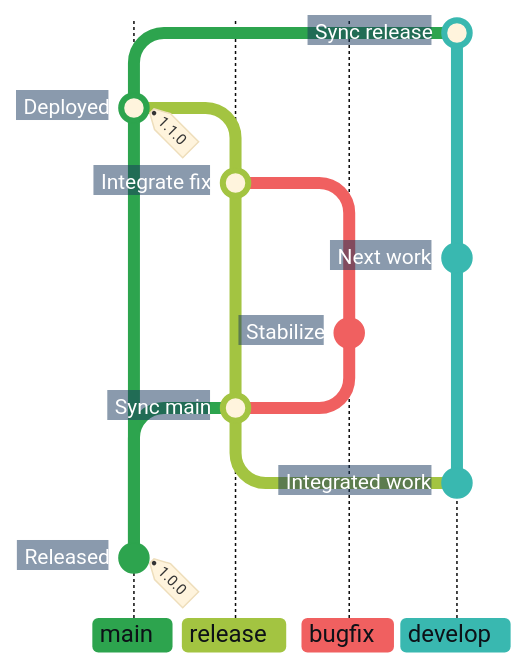
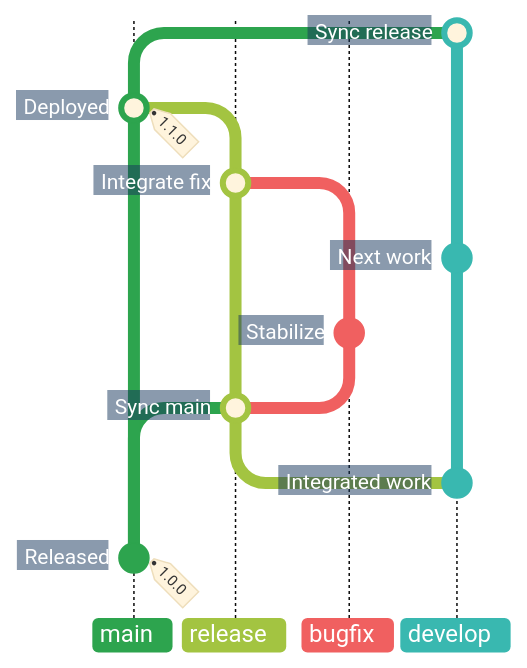
One commit to superhero/operations.superduper.solutions changed the second of 3 diagrams in docs/adr/cicd.md. Above: the diagram before and after it, drawn with Mermaid. The commit also changed other lines of this file, not shown here.

Commit message:
docs: tighten and brighten Git graph branch labels

````diff
--- a/docs/adr/cicd.md
+++ b/docs/adr/cicd.md
@@ -98,28 +98,28 @@
 ```mermaid
-%%{init: {"theme": "base", "themeCSS": ".commit-labels g:last-of-type { visibility: hidden; } .commit-label { font-weight: 700; transform: translateX(-8px); } .commit-label-bkg { opacity: 1; stroke: #17365D; stroke-width: 20px; transform: translateX(-5px); clip-path: polygon(-4px -4px, calc(100% + 4px) -4px, calc(100% + 10px) 50%, calc(100% + 4px) calc(100% + 4px), -4px calc(100% + 4px)) fill-box; }", "gitGraph": {"showCommitLabel": true, "rotateCommitLabel": false}, "themeVariables": {
+%%{init: {"theme": "base", "themeCSS": ".branchLabel { font-weight: 700; } .branchLabelBkg { clip-path: inset(0 8px 0 0 round 4px) fill-box; } .commit-labels g:last-of-type { visibility: hidden; } .commit-label { font-weight: 700; transform: translateX(-8px); } .commit-label-bkg { opacity: 1; stroke: #17365D; stroke-width: 20px; transform: translateX(-5px); clip-path: polygon(-4px -4px, calc(100% + 4px) -4px, calc(100% + 10px) 50%, calc(100% + 4px) calc(100% + 4px), -4px calc(100% + 4px)) fill-box; }", "gitGraph": {"showCommitLabel": true, "rotateCommitLabel": false}, "themeVariables": {
     "commitLabelFontSize": "14px", "commitLabelColor": "#FFFFFF", "commitLabelBackground": "#17365D",
-    "git0": "#2DA44E", "gitBranchLabel0": "#0D1117",
-    "git1": "#A3C441", "gitBranchLabel1": "#0D1117",
-    "git2": "#F06060", "gitBranchLabel2": "#0D1117",
-    "git3": "#39B8B0", "gitBranchLabel3": "#0D1117"
+    "git0": "#2DA44E", "gitBranchLabel0": "#FFFFFF",
+    "git1": "#A3C441", "gitBranchLabel1": "#FFFFFF",
+    "git2": "#F06060", "gitBranchLabel2": "#FFFFFF",
+    "git3": "#39B8B0", "gitBranchLabel3": "#FFFFFF"
 }}}%%
 gitGraph BT:
     %% In BT order, the initial commit note is the last label group; its tag stays visible.
     branch develop order: 3
     checkout main
     commit id: "Released" tag: "1.0.0"
     checkout develop
     commit id: "Integrated work"
     branch "release" order: 1
     merge main id: "Sync main"
     branch "bugfix" order: 2
     commit id: "Stabilize"
     checkout develop
     commit id: "Next work"
     checkout "release"
     merge "bugfix" id: "Integrate fix"
     checkout main
     merge "release" id: "Deployed" tag: "1.1.0"
     checkout develop
     merge main id: "Sync release"
 ```
````
